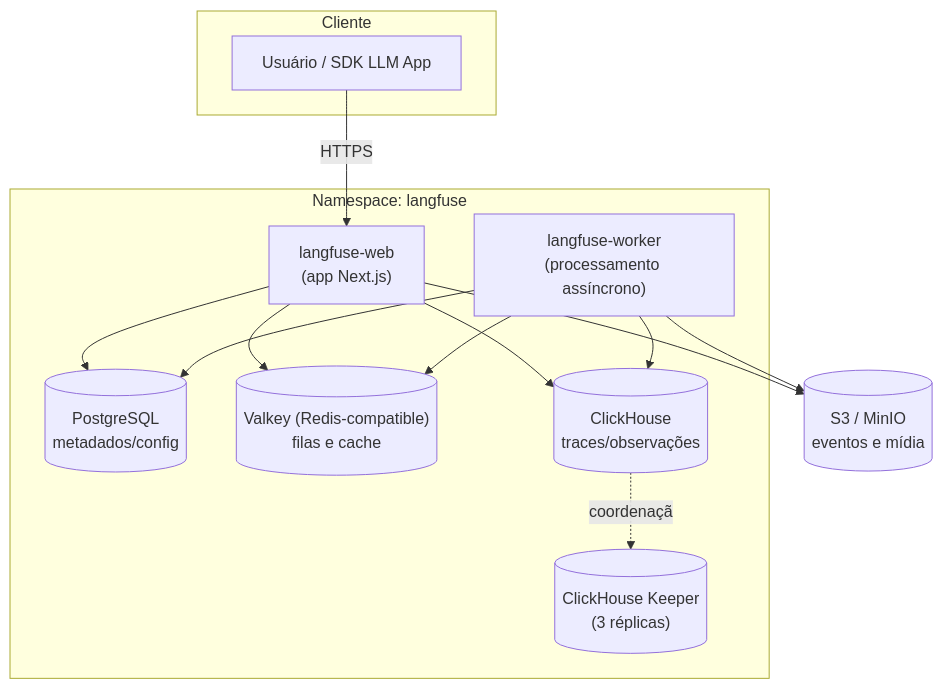
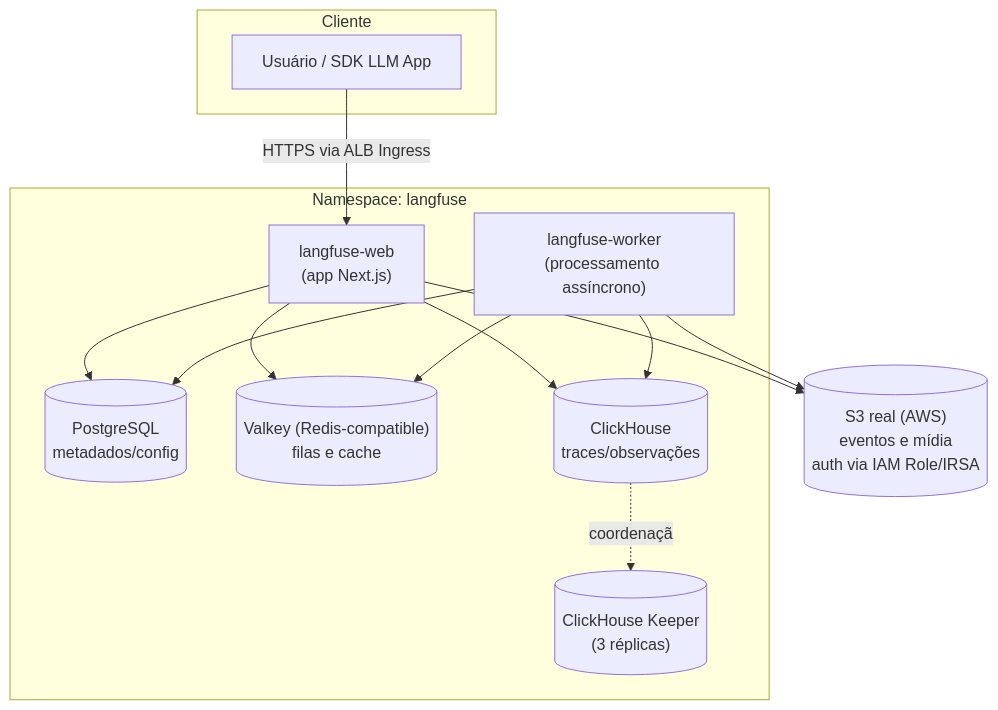
The diagram in README.md (wesleite/langfuse), drawn with Mermaid before and after one commit. The commit also changed other lines of this file and 9 other files, not shown here.

First line of the commit message:
Simplifica a stack Langfuse para 3 arquivos de values + IAM Role no S3

````diff
--- a/README.md
+++ b/README.md
@@ -23,28 +26,28 @@
 ```mermaid
 flowchart TB
     subgraph Cliente
         U[Usuário / SDK LLM App]
     end
 
     subgraph "Namespace: langfuse"
         WEB["langfuse-web<br/>(app Next.js)"]
         WORKER["langfuse-worker<br/>(processamento assíncrono)"]
         PG[("PostgreSQL<br/>metadados/config")]
         REDIS[("Valkey (Redis-compatible)<br/>filas e cache")]
         CH[("ClickHouse<br/>traces/observações")]
         KEEPER[("ClickHouse Keeper<br/>(3 réplicas)")]
     end
 
-    S3[("S3 / MinIO<br/>eventos e mídia")]
+    S3[("S3 real (AWS)<br/>eventos e mídia<br/>auth via IAM Role/IRSA")]
 
-    U -->|HTTPS| WEB
+    U -->|HTTPS via ALB Ingress| WEB
     WEB --> PG
     WEB --> REDIS
     WEB --> CH
     WEB --> S3
     WORKER --> PG
     WORKER --> REDIS
     WORKER --> CH
     WORKER --> S3
     CH -.coordenação.-> KEEPER
 ```
````
